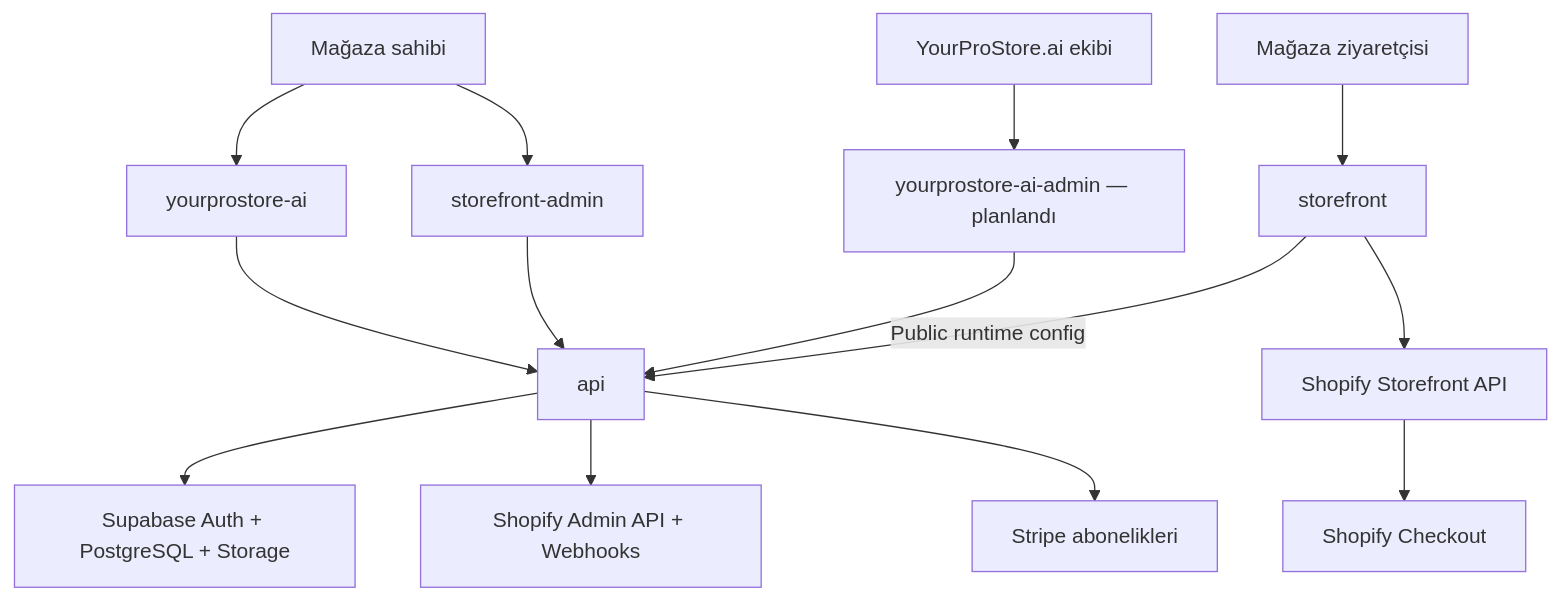
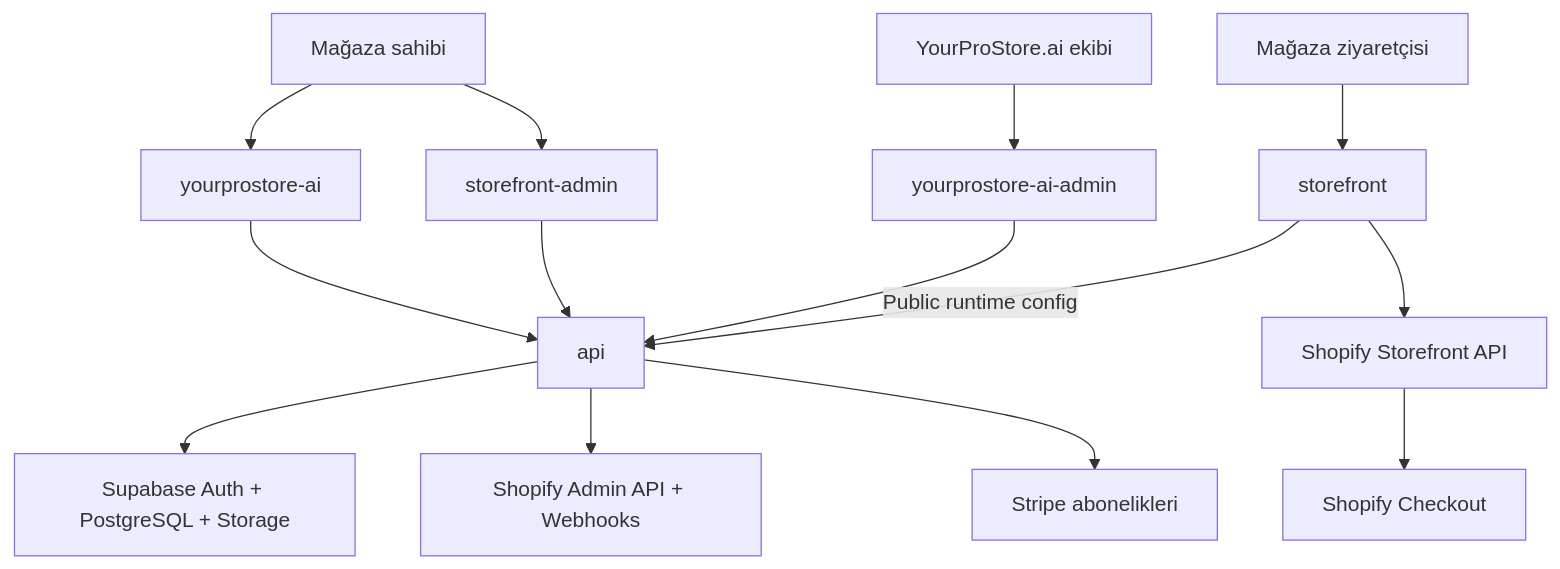
Before and after one commit to abdullahucaak/e-commerce-shopify: the first of 3 diagrams in docs/system-architecture-tr.md, drawn with Mermaid. The commit also changed other lines of this file and 55 other files, not shown here.

````diff
--- a/docs/system-architecture-tr.md
+++ b/docs/system-architecture-tr.md
@@ -54,18 +54,18 @@
 ```mermaid
 flowchart TB
     OWNER["Mağaza sahibi"] --> YPS["yourprostore-ai"]
     OWNER --> SFA["storefront-admin"]
-    TEAM["YourProStore.ai ekibi"] --> YPSA["yourprostore-ai-admin — planlandı"]
+    TEAM["YourProStore.ai ekibi"] --> YPSA["yourprostore-ai-admin"]
     VISITOR["Mağaza ziyaretçisi"] --> SF["storefront"]
 
     YPS --> API["api"]
     SFA --> API
     YPSA --> API
     SF -->|"Public runtime config"| API
 
     API --> SUPABASE["Supabase Auth + PostgreSQL + Storage"]
     API --> SHOPIFY_ADMIN["Shopify Admin API + Webhooks"]
     API --> STRIPE["Stripe abonelikleri"]
     SF --> SHOPIFY_STOREFRONT["Shopify Storefront API"]
     SHOPIFY_STOREFRONT --> CHECKOUT["Shopify Checkout"]
 ```
````
